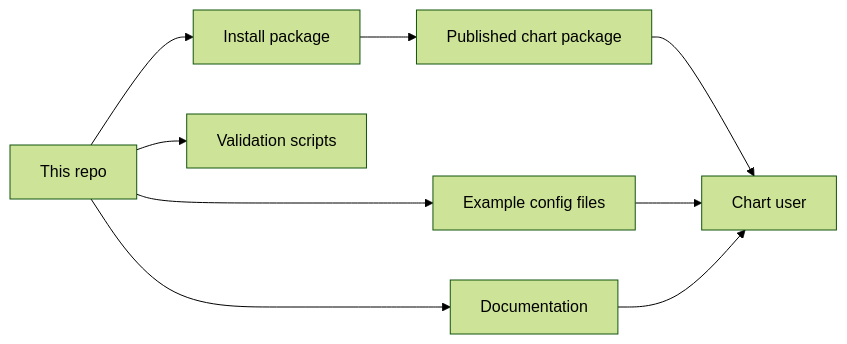
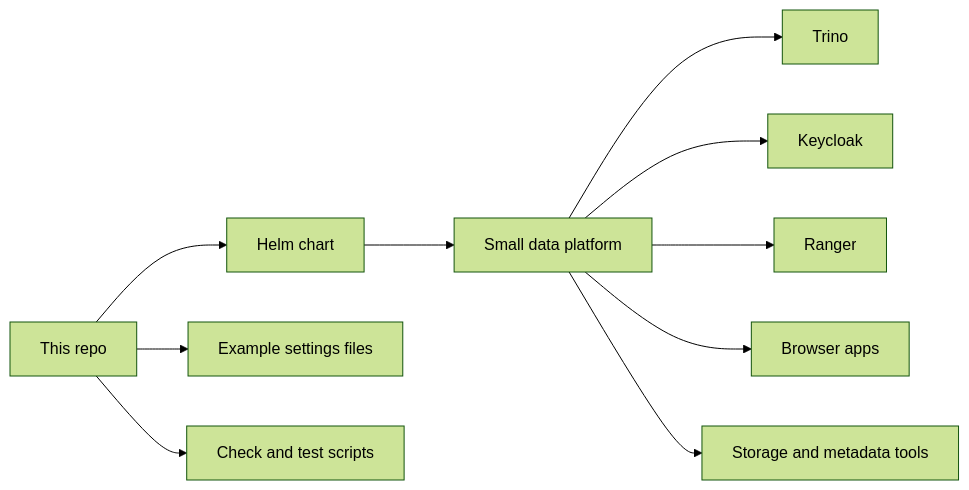
Before and after one commit to sanger-pathogens/dlh-in-a-box-umbrella-helm-chart: the diagram in README.md, drawn with Mermaid (forest theme). The commit also changed other lines of this file and 37 other files, not shown here.

````diff
--- a/README.md
+++ b/README.md
@@ -51,12 +46,13 @@
 ```mermaid
 flowchart LR
-  Repo[This repo] --> Chart[Install package]
-  Repo --> Examples[Example config files]
-  Repo --> Docs[Documentation]
-  Repo --> Scripts[Validation scripts]
+  Repo[This repo] --> Chart[Helm chart]
+  Repo --> Examples[Example settings files]
+  Repo --> Scripts[Check and test scripts]
 
-  Chart --> Package[Published chart package]
-  Package --> User[Chart user]
-  Examples --> User
-  Docs --> User
+  Chart --> Platform[Small data platform]
+  Platform --> Trino[Trino]
+  Platform --> Login[Keycloak]
+  Platform --> Rules[Ranger]
+  Platform --> Apps[Browser apps]
+  Platform --> Storage[Storage and metadata tools]
 ```
````
